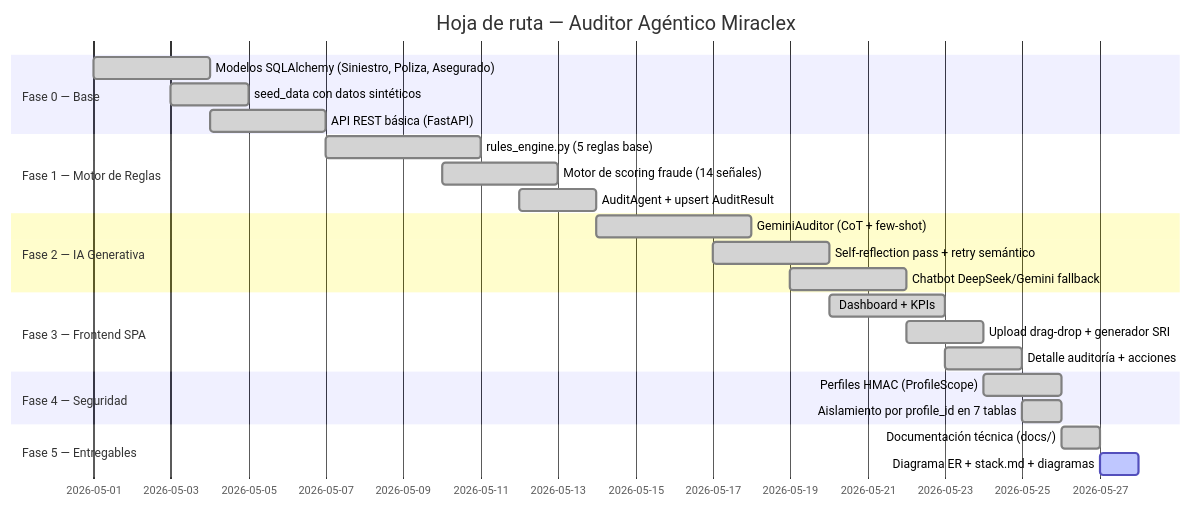
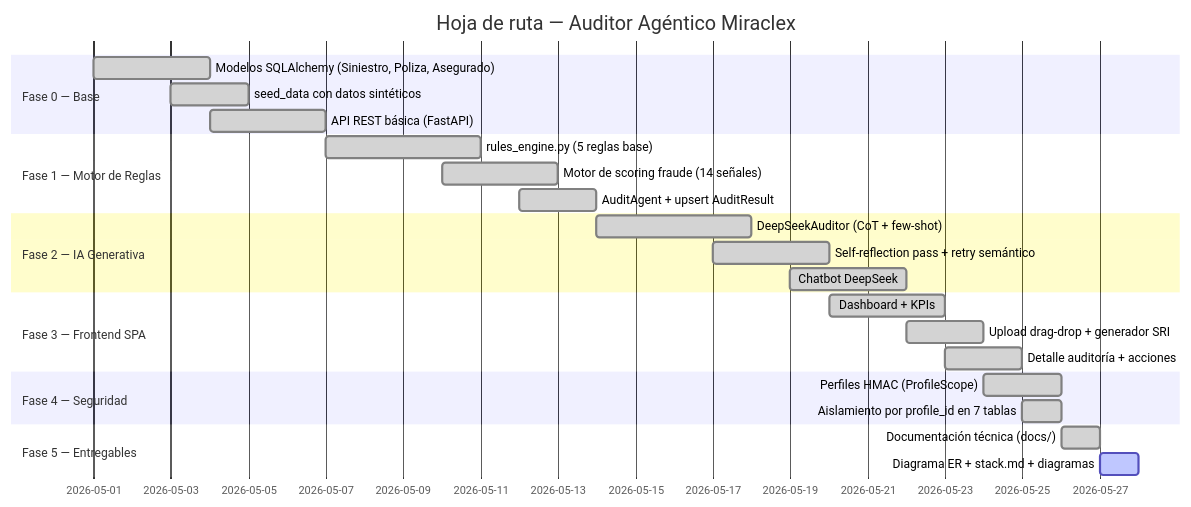
The first of 3 diagrams in docs/diagramas/diagrama_plan_implementacion.md (yosuSALA/Final-reto), drawn with Mermaid before and after one commit. The commit also changed other lines of this file and 46 other files, not shown here.

Commit message:
Demo final: arranque portable, generador manual/auto, auditoria IA DeepSeek, guia paso a paso corregida, docs actualizados

````diff
--- a/docs/diagramas/diagrama_plan_implementacion.md
+++ b/docs/diagramas/diagrama_plan_implementacion.md
@@ -7,32 +7,32 @@
 ```mermaid
 gantt
     title Hoja de ruta — Auditor Agéntico Miraclex
     dateFormat YYYY-MM-DD
     section Fase 0 — Base
         Modelos SQLAlchemy (Siniestro, Poliza, Asegurado)   :done, f0a, 2026-05-01, 3d
         seed_data con datos sintéticos                       :done, f0b, 2026-05-03, 2d
         API REST básica (FastAPI)                           :done, f0c, 2026-05-04, 3d
 
     section Fase 1 — Motor de Reglas
         rules_engine.py (5 reglas base)                     :done, f1a, 2026-05-07, 4d
         Motor de scoring fraude (14 señales)                :done, f1b, 2026-05-10, 3d
         AuditAgent + upsert AuditResult                     :done, f1c, 2026-05-12, 2d
 
     section Fase 2 — IA Generativa
-        GeminiAuditor (CoT + few-shot)                      :done, f2a, 2026-05-14, 4d
+        DeepSeekAuditor (CoT + few-shot)                    :done, f2a, 2026-05-14, 4d
         Self-reflection pass + retry semántico              :done, f2b, 2026-05-17, 3d
-        Chatbot DeepSeek/Gemini fallback                    :done, f2c, 2026-05-19, 3d
+        Chatbot DeepSeek                                    :done, f2c, 2026-05-19, 3d
 
     section Fase 3 — Frontend SPA
         Dashboard + KPIs                                    :done, f3a, 2026-05-20, 3d
         Upload drag-drop + generador SRI                    :done, f3b, 2026-05-22, 2d
         Detalle auditoría + acciones                        :done, f3c, 2026-05-23, 2d
 
     section Fase 4 — Seguridad
         Perfiles HMAC (ProfileScope)                        :done, f4a, 2026-05-24, 2d
         Aislamiento por profile_id en 7 tablas              :done, f4b, 2026-05-25, 1d
 
     section Fase 5 — Entregables
         Documentación técnica (docs/)                       :done, f5a, 2026-05-26, 1d
         Diagrama ER + stack.md + diagramas                  :active, f5b, 2026-05-27, 1d
 ```
````
